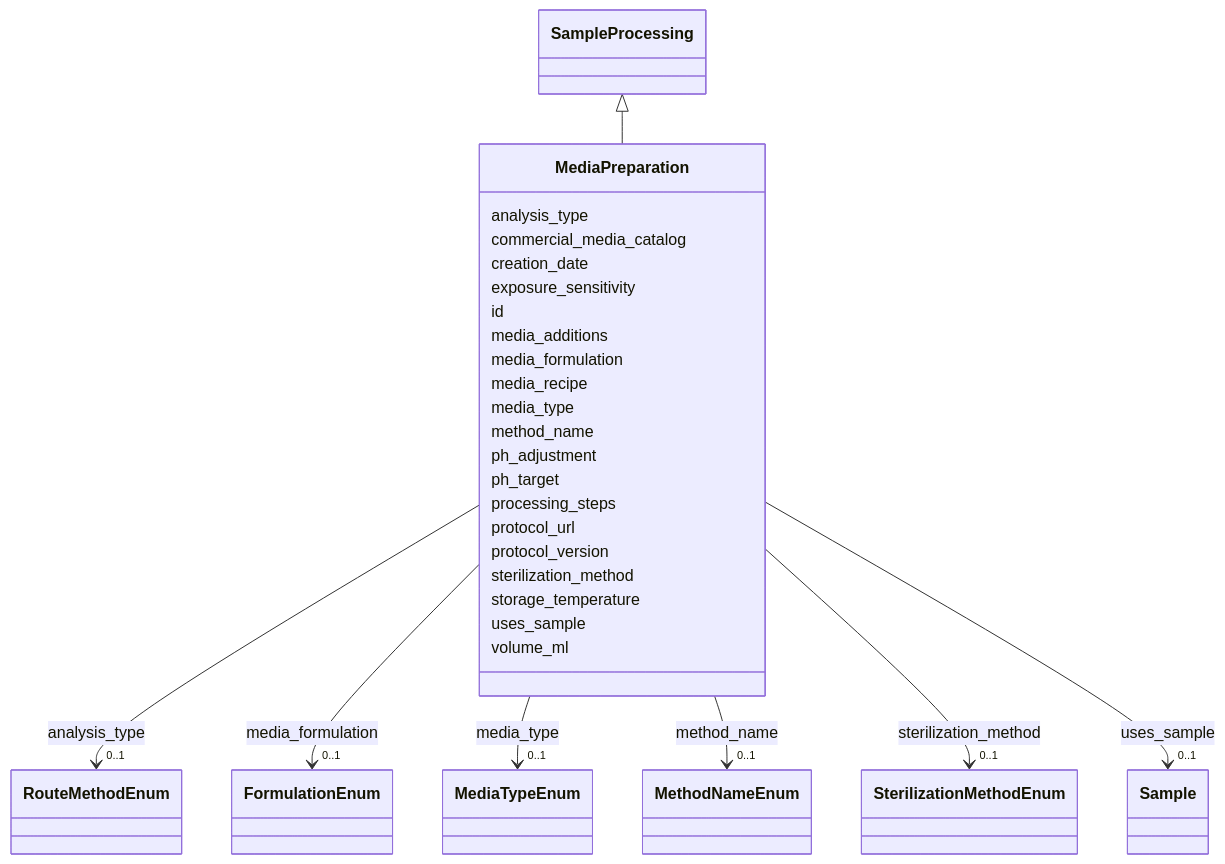
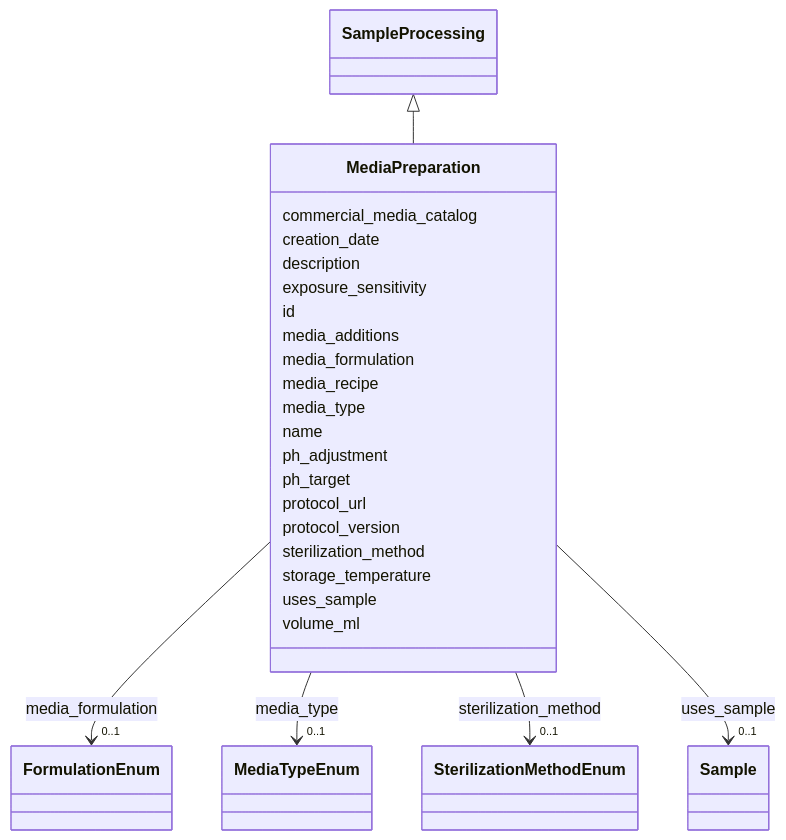
One commit to EMSL-Computing/BASALT-Schema changed the diagram in docs/elements/MediaPreparation.md. Above: the diagram before and after it, drawn with Mermaid. The commit also changed other lines of this file and 550 other files, not shown here.

```diff
--- a/docs/elements/MediaPreparation.md
+++ b/docs/elements/MediaPreparation.md
@@ -48,20 +48,11 @@
       SampleProcessing <|-- MediaPreparation
         click SampleProcessing href "../SampleProcessing/"
       
-      MediaPreparation : analysis_type
-        
-          
-    
-        
-        
-        MediaPreparation --> "0..1" RouteMethodEnum : analysis_type
-        click RouteMethodEnum href "../RouteMethodEnum/"
-    
-
-        
       MediaPreparation : commercial_media_catalog
         
       MediaPreparation : creation_date
+        
+      MediaPreparation : description
         
       MediaPreparation : exposure_sensitivity
         
@@ -93,22 +84,11 @@
     
 
         
-      MediaPreparation : method_name
-        
-          
-    
-        
-        
-        MediaPreparation --> "0..1" MethodNameEnum : method_name
-        click MethodNameEnum href "../MethodNameEnum/"
-    
-
+      MediaPreparation : name
         
       MediaPreparation : ph_adjustment
         
       MediaPreparation : ph_target
-        
-      MediaPreparation : processing_steps
         
       MediaPreparation : protocol_url
         
```
